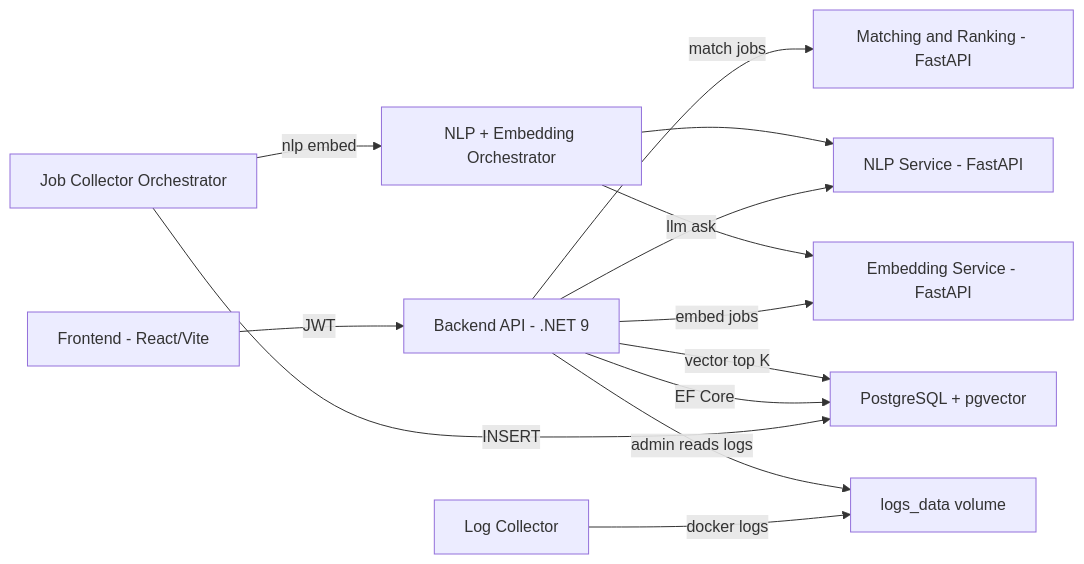
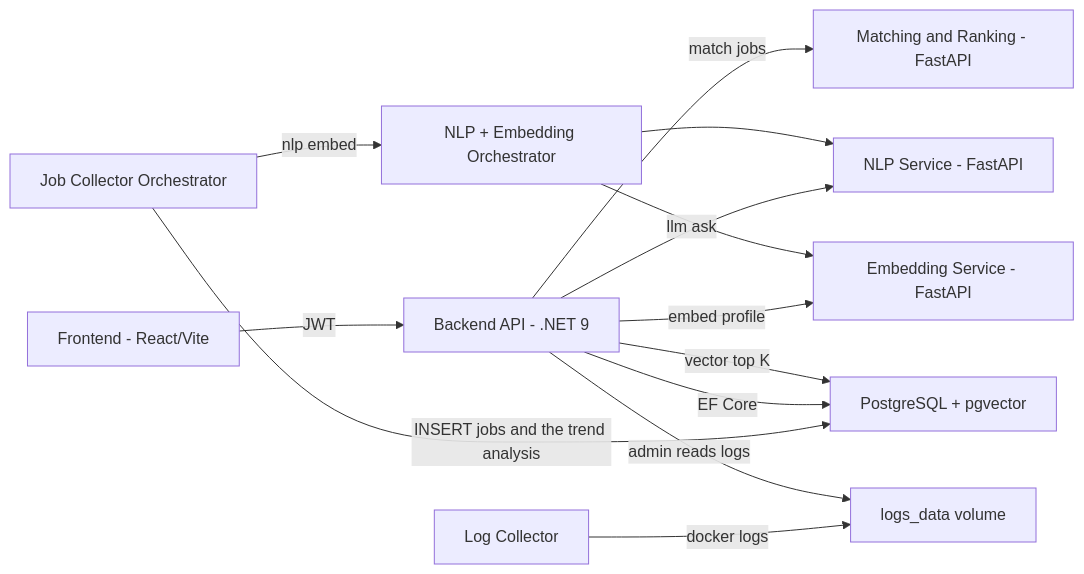
The diagram in README.md (MohamadHKZ/Job-Assistant-System), drawn with Mermaid before and after one commit.

Commit message:
edits to readme

````diff
--- a/README.md
+++ b/README.md
@@ -25,20 +25,20 @@
 ```mermaid
 graph LR;
   FE[Frontend - React/Vite] -->|JWT| BE[Backend API - .NET 9]
 
   BE -->|llm ask| NLP[NLP Service - FastAPI]
-  BE -->|embed jobs| EMB[Embedding Service - FastAPI]
+  BE -->|embed profile| EMB[Embedding Service - FastAPI]
   BE -->|match jobs| MATCH[Matching and Ranking - FastAPI]
 
   ORCH[NLP + Embedding Orchestrator] --> NLP
   ORCH --> EMB
 
   COLLECT[Job Collector Orchestrator] -->|nlp embed| ORCH
-  COLLECT -->|INSERT| DB[PostgreSQL + pgvector]
+  COLLECT -->|INSERT jobs and the trend analysis| DB[PostgreSQL + pgvector]
 
   BE -->|EF Core| DB
   BE -->|vector top K| DB
 
   LOG[Log Collector] -->|docker logs| VOL[logs_data volume]
   BE -->|admin reads logs| VOL
 ```
````
